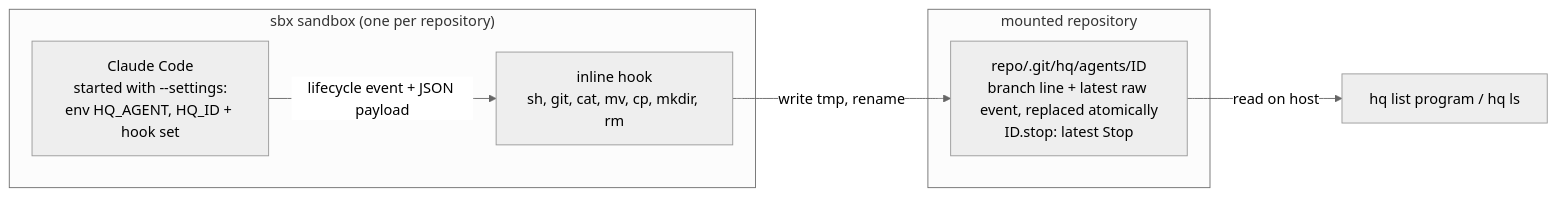
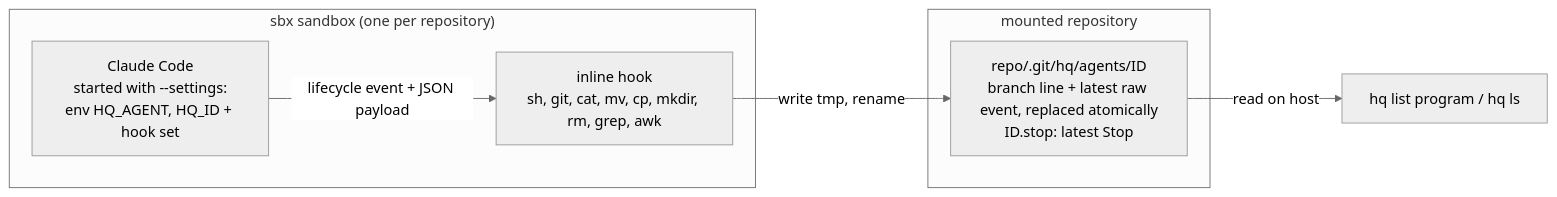
Before and after one commit to rkrysinski/hq: the second of 4 diagrams in docs/design/hq.md, drawn with Mermaid (neutral theme). The commit also changed other lines of this file and 29 other files, not shown here.

````diff
--- a/docs/design/hq.md
+++ b/docs/design/hq.md
@@ -80,13 +80,13 @@
 ```mermaid
 flowchart LR
     subgraph SB["sbx sandbox (one per repository)"]
         C["Claude Code<br/>started with --settings:<br/>env HQ_AGENT, HQ_ID + hook set"]
-        K["inline hook<br/>sh, git, cat, mv, cp, mkdir, rm"]
+        K["inline hook<br/>sh, git, cat, mv, cp, mkdir, rm, grep, awk"]
         C -- "lifecycle event + JSON payload" --> K
     end
     subgraph RP["mounted repository"]
         F["repo/.git/hq/agents/ID<br/>branch line + latest raw event, replaced atomically<br/>ID.stop: latest Stop"]
     end
     K -- "write tmp, rename" --> F
     F -- "read on host" --> LP["hq list program / hq ls"]
 ```
````
